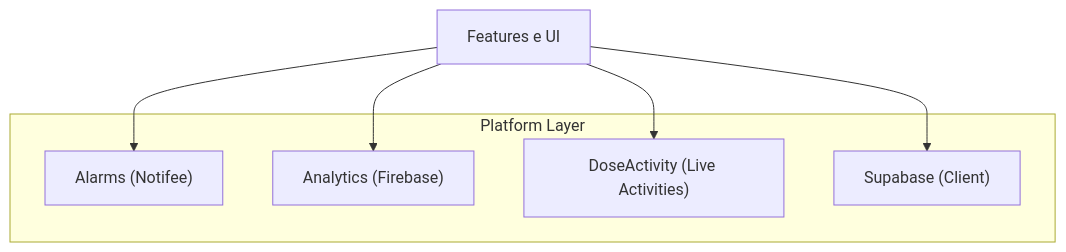
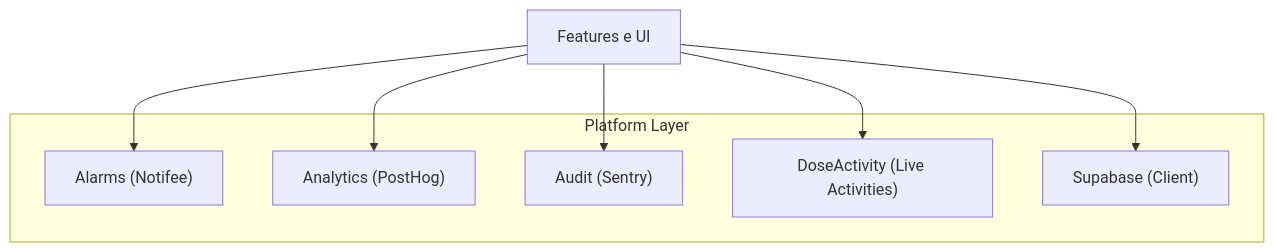
One commit to coelhotv/dosiq changed the third of 4 diagrams in docs/architecture/MOBILE_APP.md. Above: the diagram before and after it, drawn with Mermaid. The commit also changed other lines of this file and 2 other files, not shown here.

First line of the commit message:
docs: atualiza arquitetura mobile e docs legais p/ swap Firebase→Sentry/PostHog (ADR-090)

````diff
--- a/docs/architecture/MOBILE_APP.md
+++ b/docs/architecture/MOBILE_APP.md
@@ -167,14 +174,16 @@
 ```mermaid
 flowchart TD
     AppFeatures["Features e UI"]
     subgraph Platform Layer
         Alarms["Alarms (Notifee)"]
-        Analytics["Analytics (Firebase)"]
+        Analytics["Analytics (PostHog)"]
+        Audit["Audit (Sentry)"]
         DoseActivity["DoseActivity (Live Activities)"]
         Supabase["Supabase (Client)"]
     end
     AppFeatures --> Alarms
     AppFeatures --> DoseActivity
     AppFeatures --> Supabase
     AppFeatures --> Analytics
+    AppFeatures --> Audit
 ```
````
